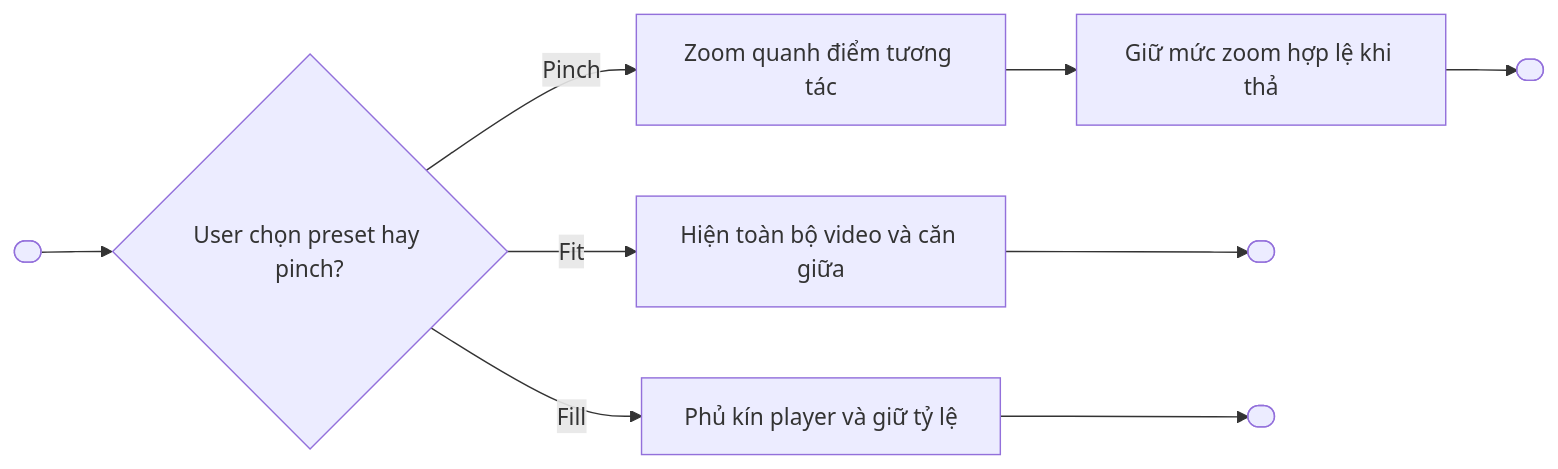
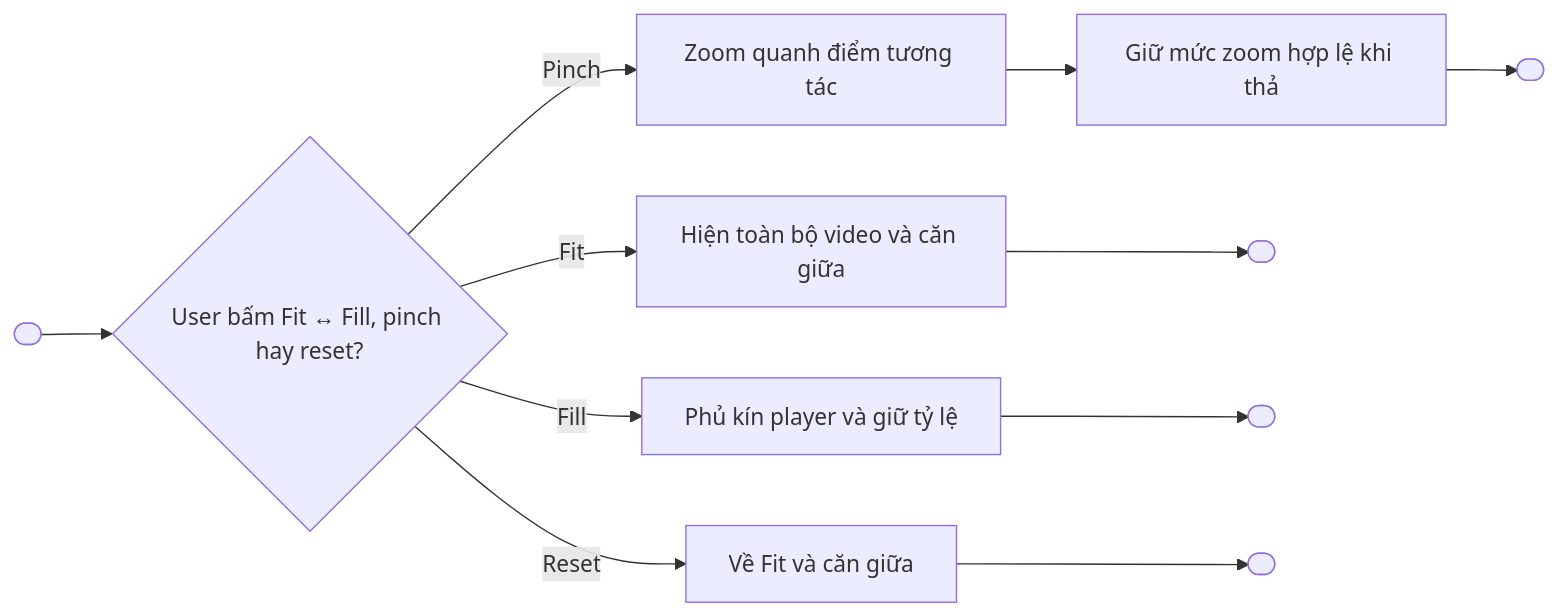
The fifth of 9 diagrams in features/final-docs/Video-Player/Gesture-Video-Player/product/Gesture-Video-Player-Spec.md (duongdang1136/FPTPLay), drawn with Mermaid before and after one commit. The commit also changed other lines of this file, not shown here.

````diff
--- a/features/final-docs/Video-Player/Gesture-Video-Player/product/Gesture-Video-Player-Spec.md
+++ b/features/final-docs/Video-Player/Gesture-Video-Player/product/Gesture-Video-Player-Spec.md
@@ -382,11 +417,13 @@
 ```mermaid
 flowchart LR
- Start([" "]) --> A{"User chọn preset hay pinch?"}
+ Start([" "]) --> A{"User bấm Fit ↔ Fill, pinch hay reset?"}
  A -- Fit --> B["Hiện toàn bộ video và căn giữa"]
  A -- Fill --> C["Phủ kín player và giữ tỷ lệ"]
  A -- Pinch --> D["Zoom quanh điểm tương tác"]
+ A -- Reset --> F["Về Fit và căn giữa"]
  D --> E["Giữ mức zoom hợp lệ khi thả"]
  B --> End1([" "])
  C --> End2([" "])
  E --> End3([" "])
+ F --> End4([" "])
 ```
````
